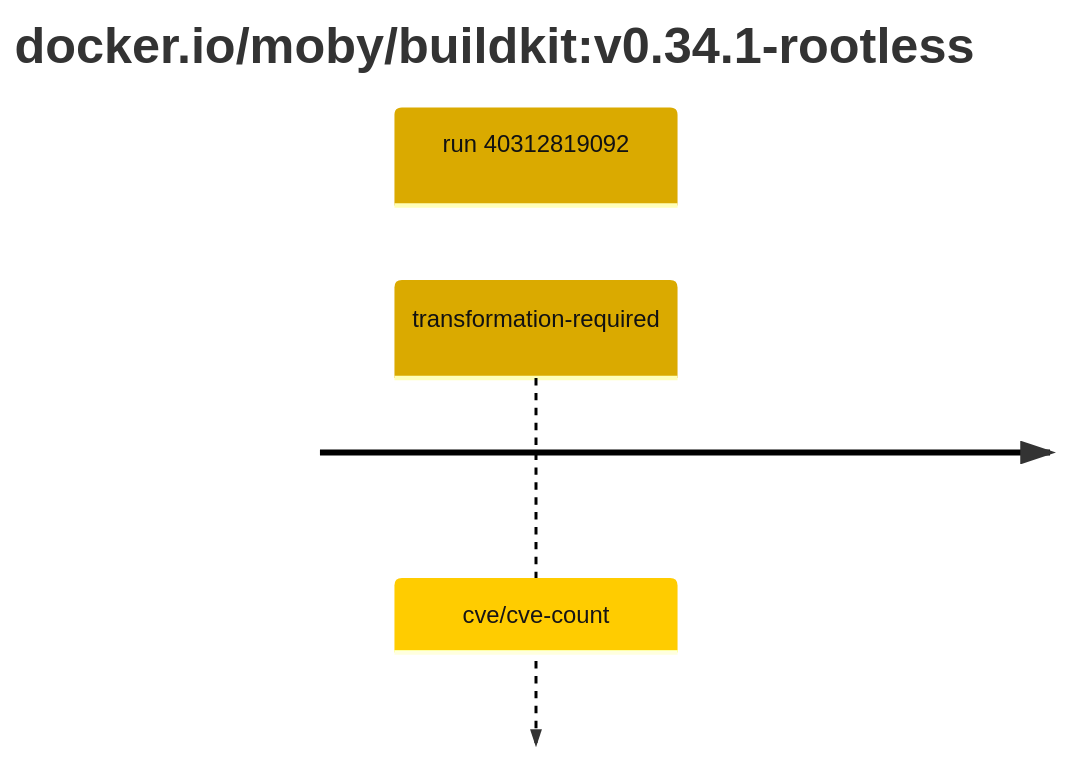
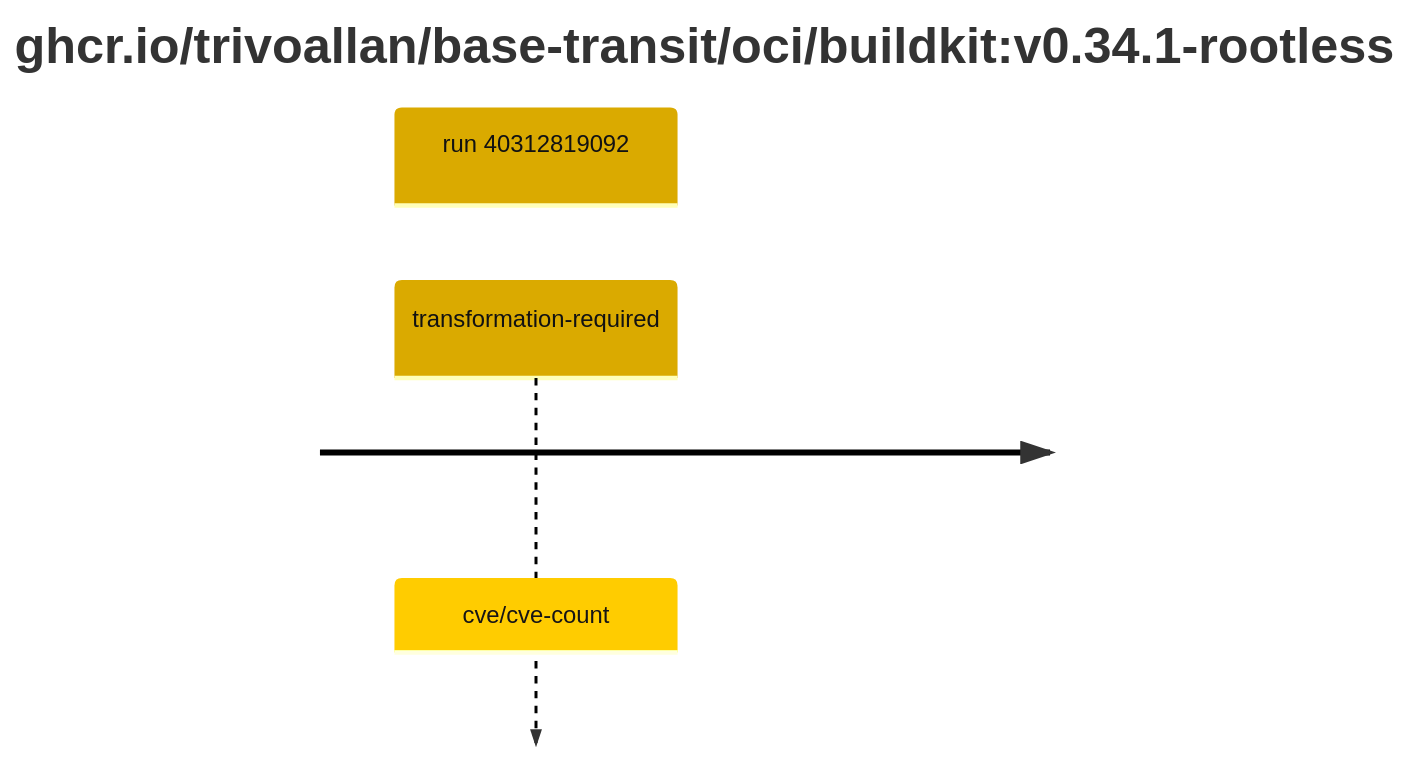
The second of 2 diagrams in results/reports/buildkit-0/sha256:f68752a5a94acfcdad2d07867b7075601a421638e17fc5f28efc1c814d0c4f89/40312819092-1.md (trivoallan/base-images), drawn with Mermaid before and after one commit. The commit also changed other lines of this file and 3 other files, not shown here.

````diff
--- a/results/reports/buildkit-0/sha256:f68752a5a94acfcdad2d07867b7075601a421638e17fc5f28efc1c814d0c4f89/40312819092-1.md
+++ b/results/reports/buildkit-0/sha256:f68752a5a94acfcdad2d07867b7075601a421638e17fc5f28efc1c814d0c4f89/40312819092-1.md
@@ -5,7 +24,7 @@
 ```mermaid
 %%{init: {"theme": "default", "themeVariables": {"cScale0": "#daaa00", "cScaleLabel0": "#121212"}}}%%
 timeline
-    title docker.io/moby/buildkit#58;v0.34.1-rootless
+    title ghcr.io/trivoallan/base-transit/oci/buildkit#58;v0.34.1-rootless
     section run 40312819092
         transformation-required : cve/cve-count
 ```
````
